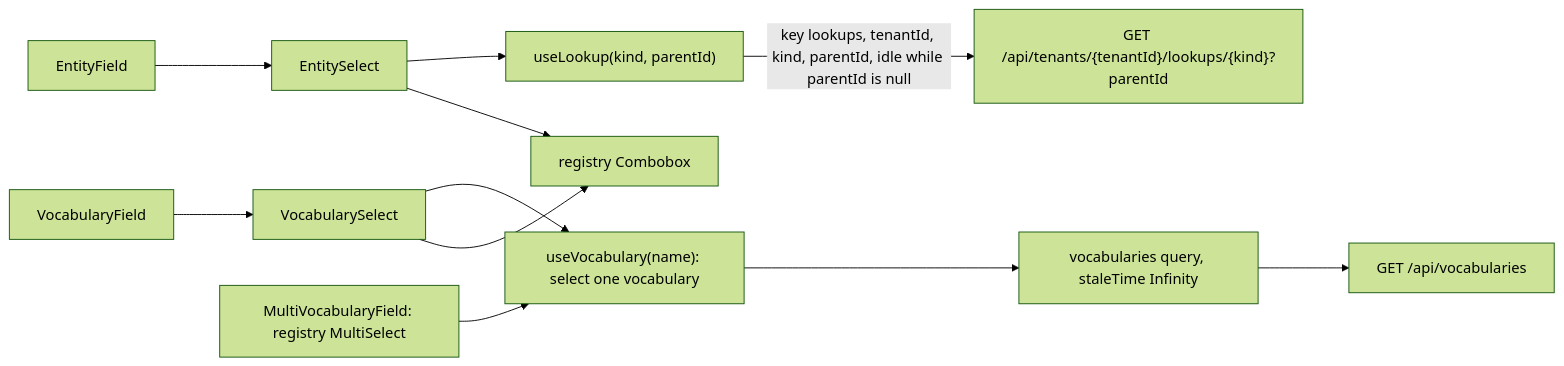
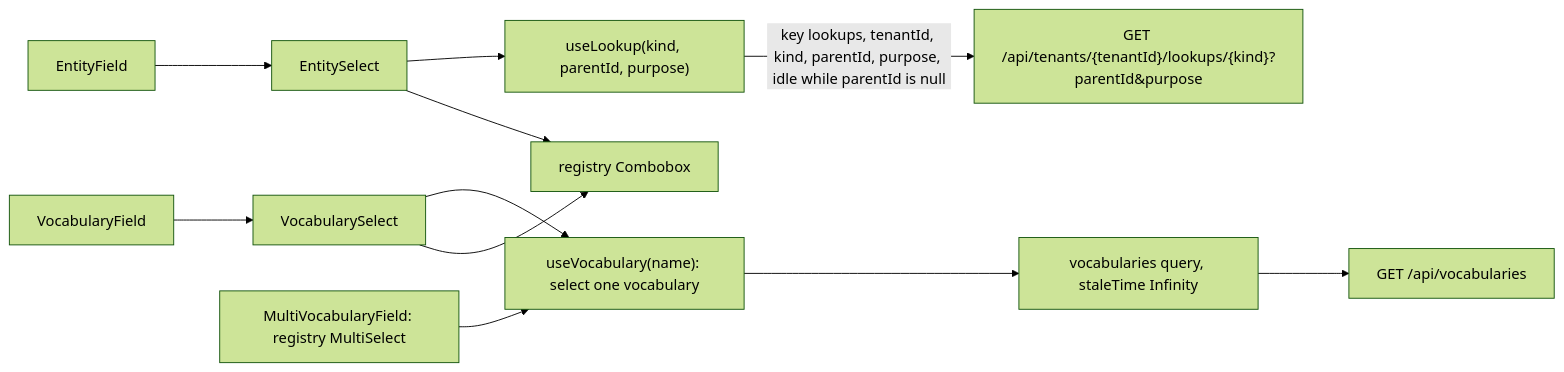
The third of 9 diagrams in web/docs/architecture/03-how-it-works.md (chrisaliotta/Quantalytix.QueryEngine.Admin), drawn with Mermaid (forest theme) before and after one commit. The commit also changed other lines of this file and 133 other files, not shown here.

First line of the commit message:
feat: update API documentation and architecture for report designs and versioning

````diff
--- a/web/docs/architecture/03-how-it-works.md
+++ b/web/docs/architecture/03-how-it-works.md
@@ -113,24 +114,24 @@
 ```mermaid
 flowchart LR
     EntityField["EntityField"]
     EntitySelect["EntitySelect"]
-    UseLookup["useLookup(kind, parentId)"]
-    LookupApi["GET /api/tenants/{tenantId}/lookups/{kind}?parentId"]
+    UseLookup["useLookup(kind, parentId, purpose)"]
+    LookupApi["GET /api/tenants/{tenantId}/lookups/{kind}?parentId&purpose"]
     VocabularyField["VocabularyField"]
     VocabularySelect["VocabularySelect"]
     MultiField["MultiVocabularyField: registry MultiSelect"]
     UseVocabulary["useVocabulary(name): select one vocabulary"]
     VocabularyQuery["vocabularies query, staleTime Infinity"]
     VocabularyApi["GET /api/vocabularies"]
     Combobox["registry Combobox"]
     EntityField --> EntitySelect
     EntitySelect --> UseLookup
     EntitySelect --> Combobox
-    UseLookup -->|"key lookups, tenantId, kind, parentId, idle while parentId is null"| LookupApi
+    UseLookup -->|"key lookups, tenantId, kind, parentId, purpose, idle while parentId is null"| LookupApi
     VocabularyField --> VocabularySelect
     VocabularySelect --> UseVocabulary
     VocabularySelect --> Combobox
     MultiField --> UseVocabulary
     UseVocabulary --> VocabularyQuery
     VocabularyQuery --> VocabularyApi
 ```
````
